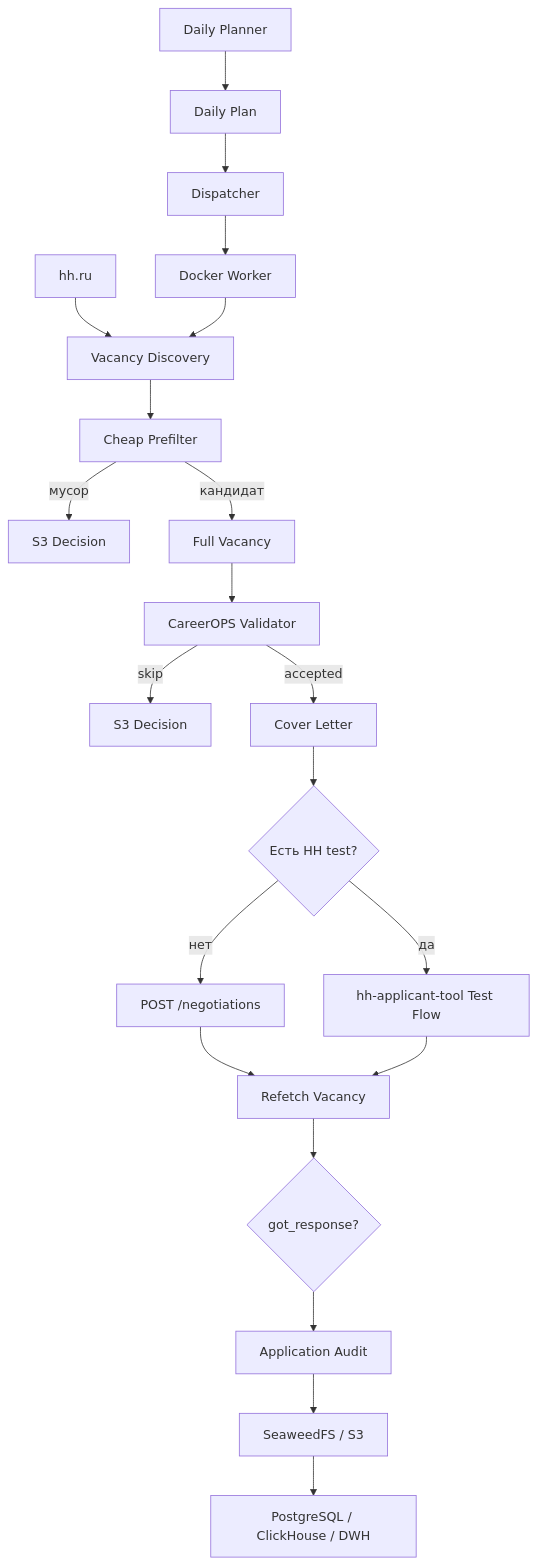
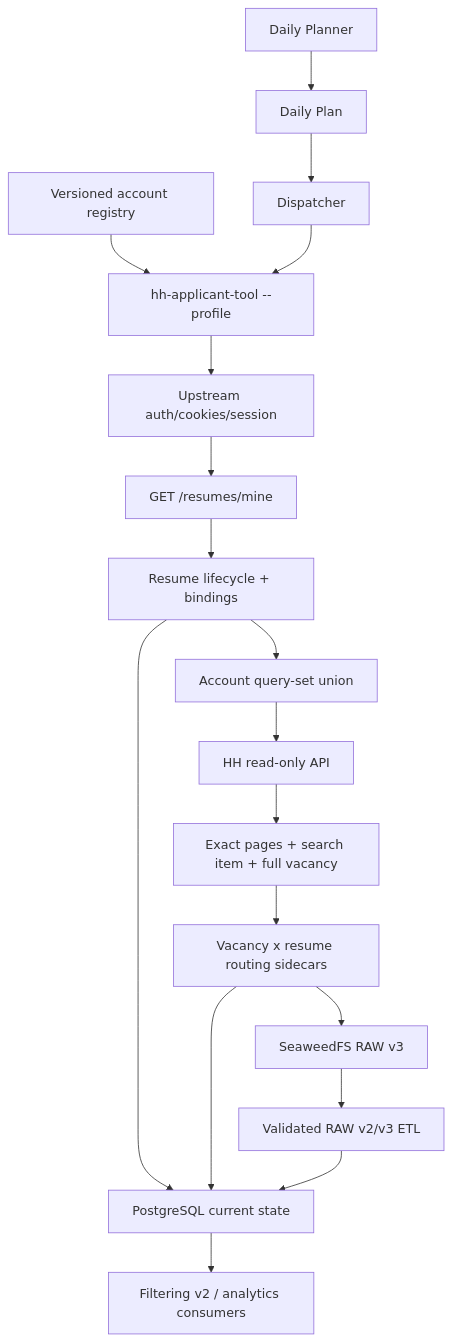
One commit to SUKUNA-AI/CareerOps changed the diagram in README.md. Above: the diagram before and after it, drawn with Mermaid. The commit also changed other lines of this file and 10 other files, not shown here.

````diff
--- a/README.md
+++ b/README.md
@@ -347,35 +355,20 @@
 ```mermaid
 flowchart TD
-    HH["hh.ru"]
-
-    HH --> SEARCH["Vacancy Discovery"]
-    SEARCH --> PF["Cheap Prefilter"]
-
-    PF -->|"мусор"| SKIP1["S3 Decision"]
-    PF -->|"кандидат"| FULL["Full Vacancy"]
-
-    FULL --> VALID["CareerOPS Validator"]
-
-    VALID -->|"skip"| SKIP2["S3 Decision"]
-    VALID -->|"accepted"| LETTER["Cover Letter"]
-
-    LETTER --> TEST{"Есть HH test?"}
-
-    TEST -->|"нет"| API["POST /negotiations"]
-    TEST -->|"да"| UPSTREAM["hh-applicant-tool Test Flow"]
-
-    API --> VERIFY["Refetch Vacancy"]
-    UPSTREAM --> VERIFY
-
-    VERIFY --> GOT{"got_response?"}
-    GOT --> AUDIT["Application Audit"]
-
-    AUDIT --> S3["SeaweedFS / S3"]
-
+    REG["Versioned account registry"] --> PROFILE["hh-applicant-tool --profile"]
+    PROFILE --> AUTH["Upstream auth/cookies/session"]
+    AUTH --> RESUMES["GET /resumes/mine"]
+    RESUMES --> SYNC["Resume lifecycle + bindings"]
+    SYNC --> PG["PostgreSQL current state"]
+    SYNC --> QUERY["Account query-set union"]
+    QUERY --> HH["HH read-only API"]
+    HH --> RAW["Exact pages + search item + full vacancy"]
+    RAW --> MATRIX["Vacancy x resume routing sidecars"]
+    MATRIX --> S3["SeaweedFS RAW v3"]
+    MATRIX --> PG
     PLANNER["Daily Planner"] --> PLAN["Daily Plan"]
     PLAN --> DISPATCHER["Dispatcher"]
-    DISPATCHER --> WORKER["Docker Worker"]
-    WORKER --> SEARCH
-
-    S3 --> FUTURE["PostgreSQL / ClickHouse / DWH"]
+    DISPATCHER --> PROFILE
+    S3 --> ETL["Validated RAW v2/v3 ETL"]
+    ETL --> PG
+    PG --> FUTURE["Filtering v2 / analytics consumers"]
 ```
````
